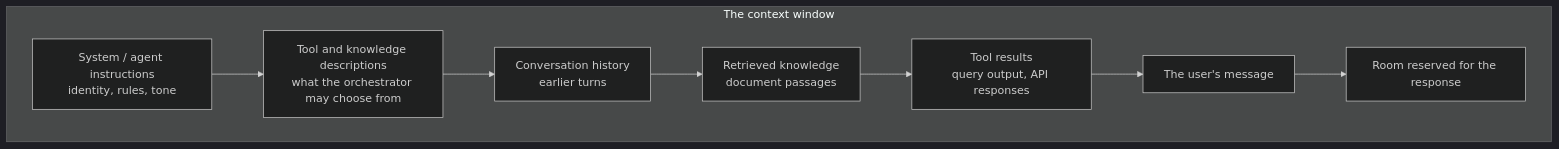
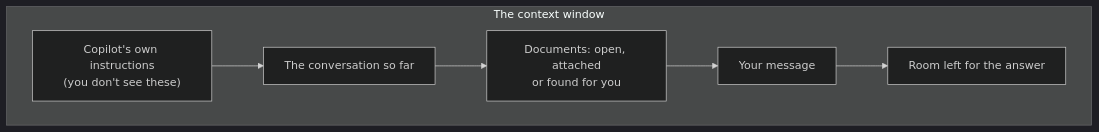
The diagram in _source/course/B1/context.md (matheus-sancha/AI-Academy), drawn with Mermaid (dark theme) before and after one commit. The commit also changed other lines of this file and 11 other files, not shown here.

````diff
--- a/_source/course/B1/context.md
+++ b/_source/course/B1/context.md
@@ -23,13 +22,11 @@
 ```mermaid
 flowchart TB
   subgraph W["The context window"]
-    A["System / agent instructions<br/>identity, rules, tone"]
-    B["Tool and knowledge descriptions<br/>what the orchestrator may choose from"]
-    C["Conversation history<br/>earlier turns"]
-    D["Retrieved knowledge<br/>document passages"]
-    E["Tool results<br/>query output, API responses"]
-    F["The user's message"]
-    G["Room reserved for the response"]
+    A["Copilot's own instructions<br/>(you don't see these)"]
+    B["The conversation so far"]
+    C["Documents: open, attached<br/>or found for you"]
+    D["Your message"]
+    E["Room left for the answer"]
   end
-  A --> B --> C --> D --> E --> F --> G
+  A --> B --> C --> D --> E
 ```
````
